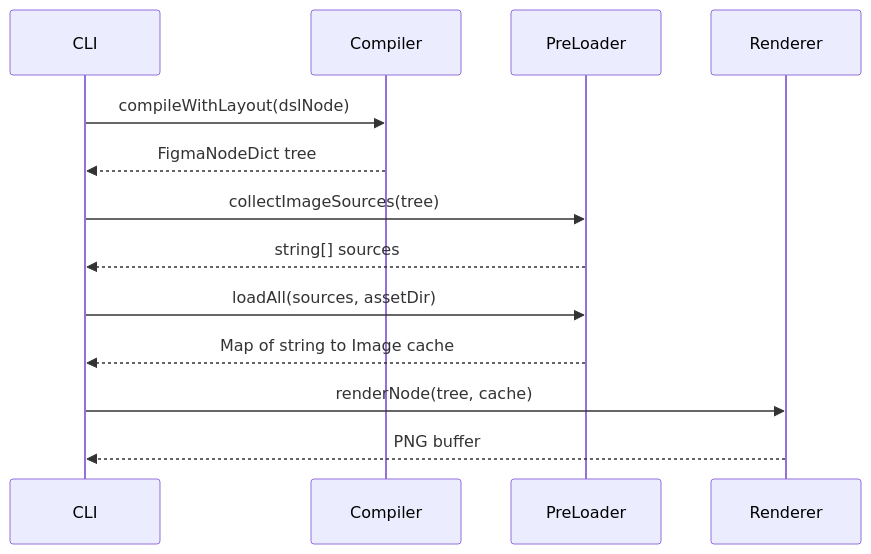
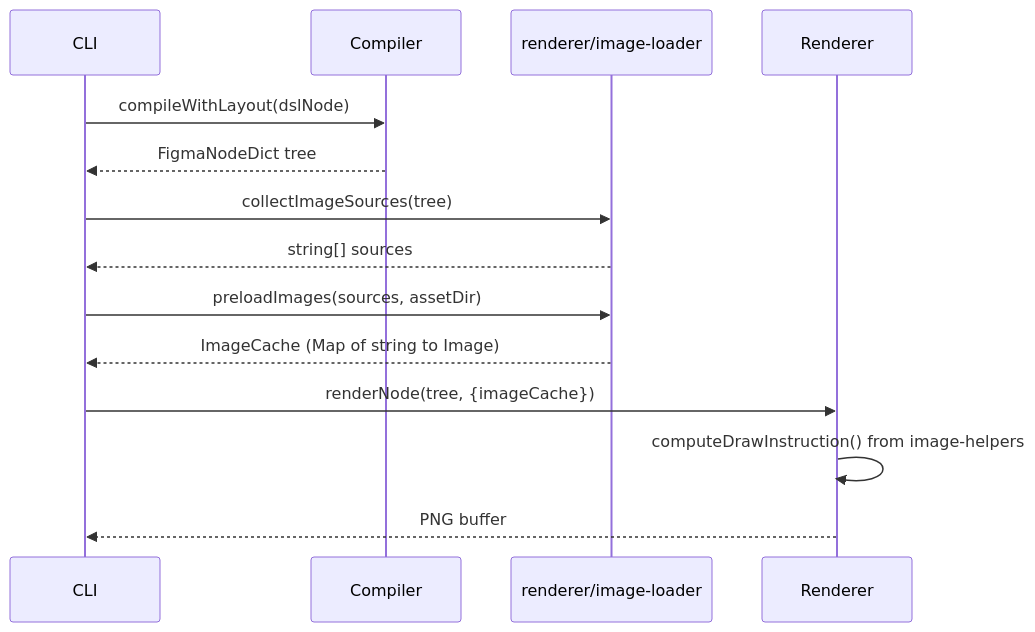
Before and after one commit to TETRA2000/figma-component-dsl: the second of 5 diagrams in .kiro/specs/DSL/design.md, drawn with Mermaid. The commit also changed other lines of this file and 1 other file, not shown here.

First line of the commit message:
refactor: apply design review suggestions to DSL image spec

````diff
--- a/.kiro/specs/DSL/design.md
+++ b/.kiro/specs/DSL/design.md
@@ -115,16 +117,17 @@
 ```mermaid
 sequenceDiagram
     participant CLI
     participant Compiler
-    participant PreLoader
+    participant ImageLoader as renderer/image-loader
     participant Renderer
 
     CLI->>Compiler: compileWithLayout(dslNode)
     Compiler-->>CLI: FigmaNodeDict tree
-    CLI->>PreLoader: collectImageSources(tree)
-    PreLoader-->>CLI: string[] sources
-    CLI->>PreLoader: loadAll(sources, assetDir)
-    PreLoader-->>CLI: Map of string to Image cache
-    CLI->>Renderer: renderNode(tree, cache)
+    CLI->>ImageLoader: collectImageSources(tree)
+    ImageLoader-->>CLI: string[] sources
+    CLI->>ImageLoader: preloadImages(sources, assetDir)
+    ImageLoader-->>CLI: ImageCache (Map of string to Image)
+    CLI->>Renderer: renderNode(tree, {imageCache})
+    Renderer->>Renderer: computeDrawInstruction() from image-helpers
     Renderer-->>CLI: PNG buffer
 ```
````
